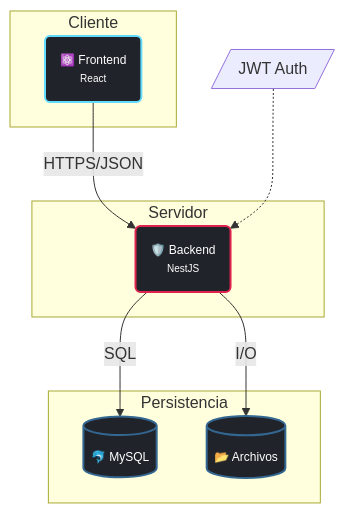
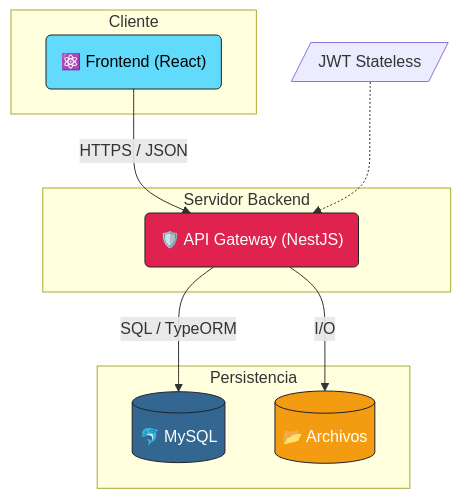
One commit to 4lexanderpardo09/help-desk-back changed the second of 2 diagrams in docs/ARCHITECTURE.md. Above: the diagram before and after it, drawn with Mermaid. The commit also changed other lines of this file, not shown here.

Commit message:
docs: enhance architecture documentation with expanded business context, clarified C4 diagrams, detailed tech stack, and elaborated critical flows.

````diff
--- a/docs/ARCHITECTURE.md
+++ b/docs/ARCHITECTURE.md
@@ -40,28 +48,31 @@
 ```mermaid
 graph TD
     %% Estilos
-    classDef spa fill:#20232a,stroke:#61dafb,stroke-width:2px,color:white,font-size:12px;
-    classDef api fill:#20232a,stroke:#e0234e,stroke-width:2px,color:white,font-size:12px;
-    classDef db fill:#20232a,stroke:#336791,stroke-width:2px,color:white,font-size:12px;
+    classDef spa fill:#61dafb,stroke:#20232a,color:black,rx:5,ry:5;
+    classDef api fill:#e0234e,stroke:#20232a,color:white,rx:5,ry:5;
+    classDef db fill:#336791,stroke:#20232a,color:white,rx:5,ry:5;
+    classDef fs fill:#f39c12,stroke:#20232a,color:white,rx:5,ry:5;
 
     subgraph "Cliente"
-        SPA("⚛️ Frontend<br><small>React</small>"):::spa
+        SPA("⚛️ Frontend (React)"):::spa
     end
 
-    subgraph "Servidor"
-        API("🛡️ Backend<br><small>NestJS</small>"):::api
+    subgraph "Servidor Backend"
+        API("🛡️ API Gateway (NestJS)"):::api
     end
 
     subgraph "Persistencia"
         DB[("🐬 MySQL")]:::db
-        FS[("📂 Archivos")]:::db
+        Files[("📂 Archivos")]:::fs
     end
 
-    %% Flujos
-    SPA -- "HTTPS/JSON" --> API
-    API -- "SQL" --> DB
-    API -- "I/O" --> FS
+    %% Relaciones
+    SPA -- "HTTPS / JSON" --> API
+
+    API -- "SQL / TypeORM" --> DB
+    API -- "I/O" --> Files
 
     %% Notas
-    note1[/"JWT Auth"/] -.-> API
+    note1[/"JWT Stateless"/] 
+    note1 -.-> API
 ```
````
